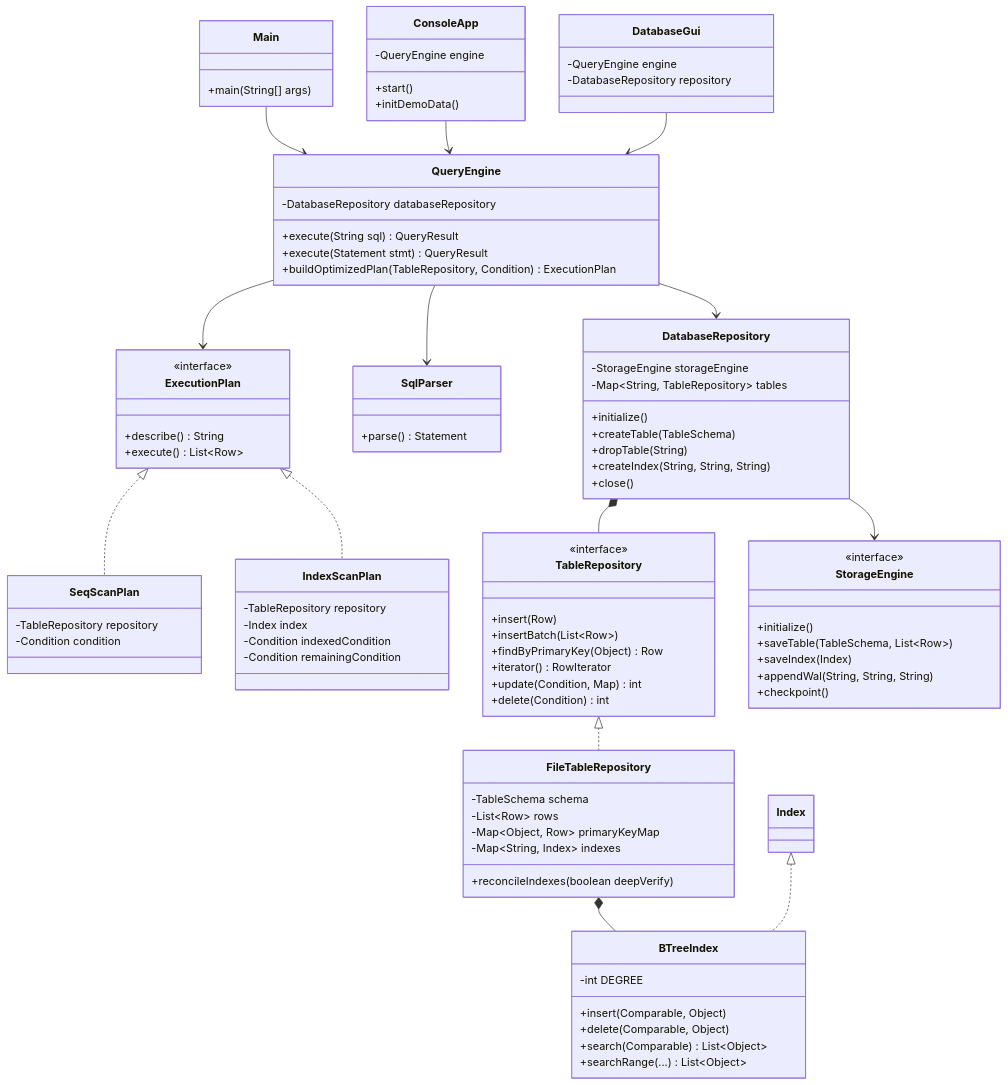
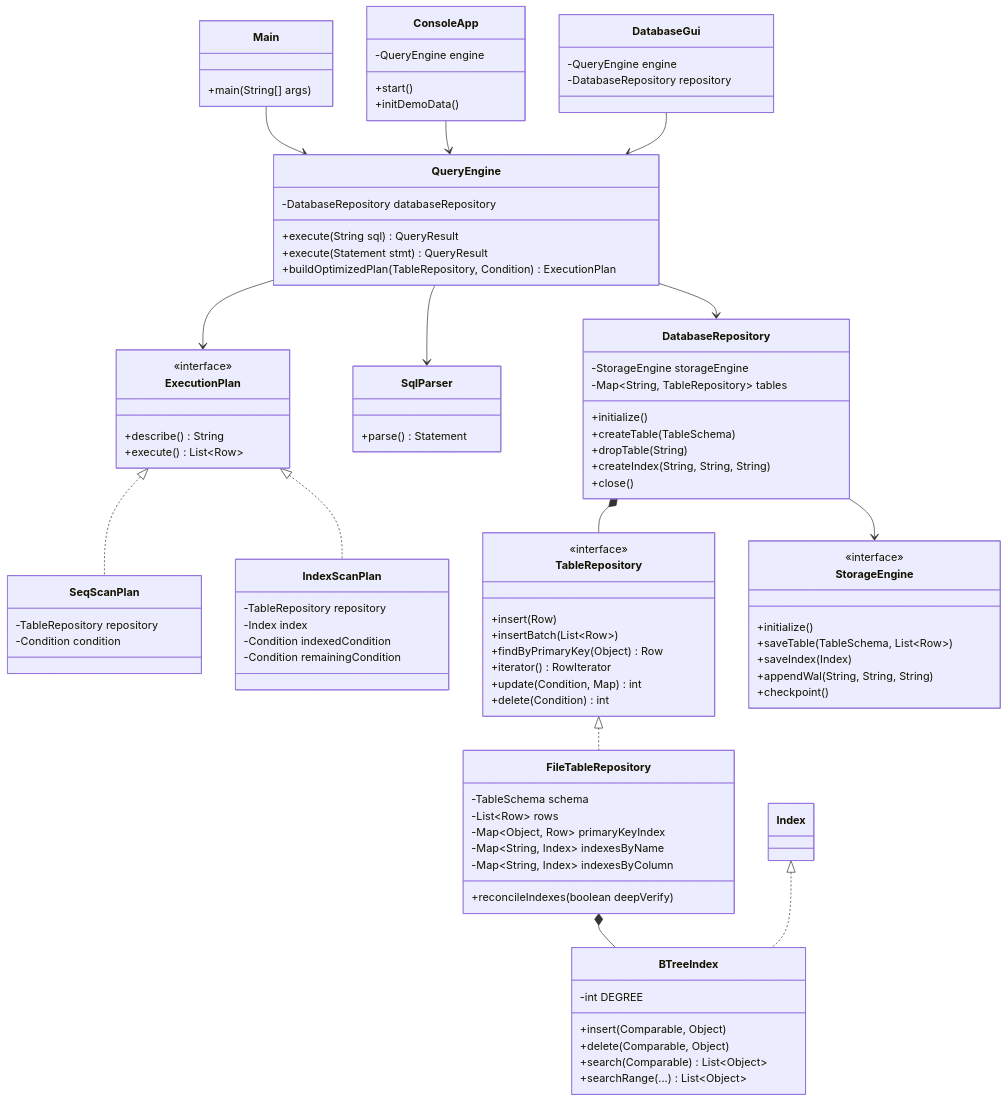
One commit to DanislonZombovich/java-lab2 changed the first of 3 diagrams in README.md. Above: the diagram before and after it, drawn with Mermaid. The commit also changed other lines of this file and 10 other files, not shown here.

```diff
--- a/README.md
+++ b/README.md
@@ -112,8 +112,9 @@
     class FileTableRepository {
         -TableSchema schema
         -List~Row~ rows
-        -Map~Object, Row~ primaryKeyMap
-        -Map~String, Index~ indexes
+        -Map~Object, Row~ primaryKeyIndex
+        -Map~String, Index~ indexesByName
+        -Map~String, Index~ indexesByColumn
         +reconcileIndexes(boolean deepVerify)
     }
     class StorageEngine {
```
